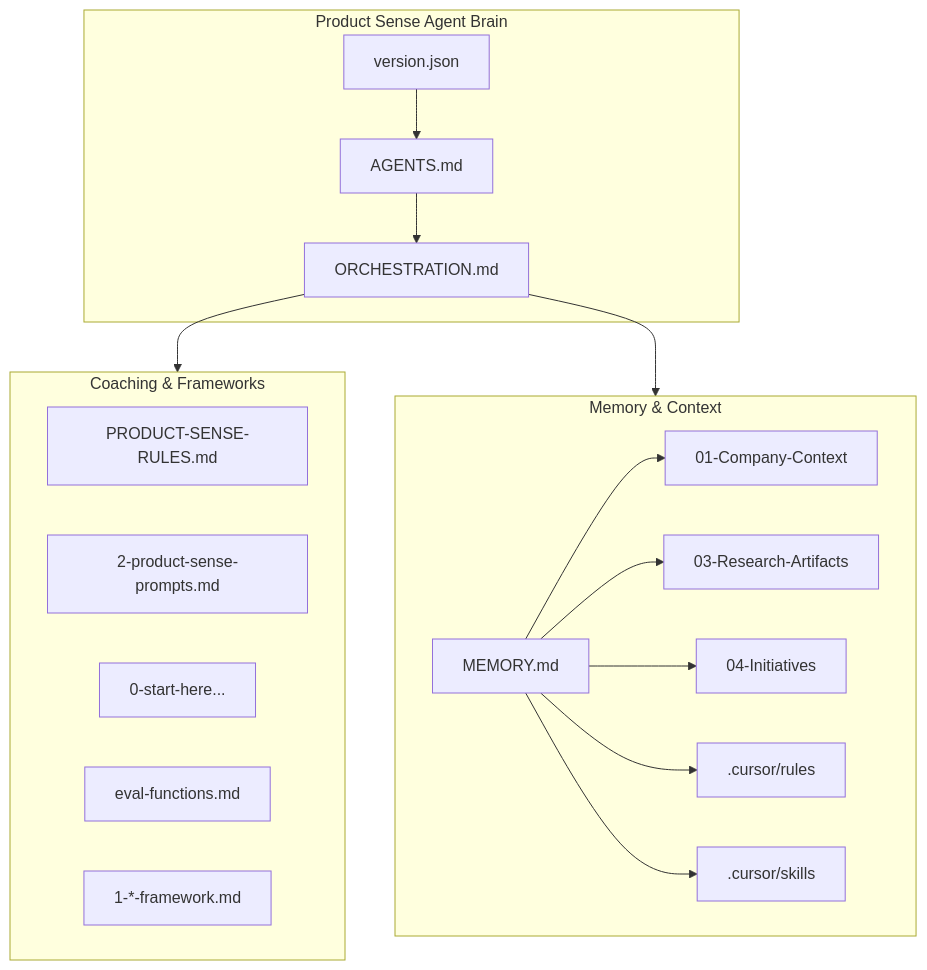
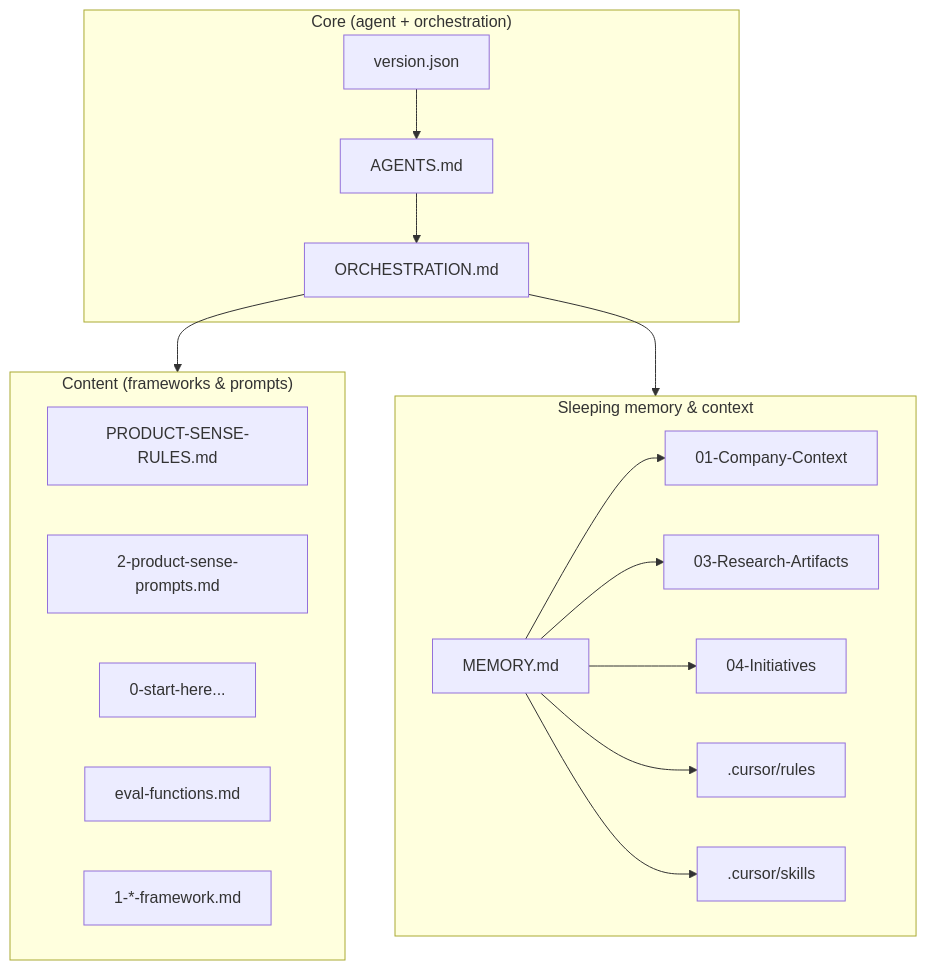
One commit to andreaskelm/pm-brain changed the first of 8 diagrams in ARCHITECTURE.md. Above: the diagram before and after it, drawn with Mermaid. The commit also changed other lines of this file, not shown here.

Commit message:
fix: Updated mermaid diagrams and improved section titles for clarity

````diff
--- a/ARCHITECTURE.md
+++ b/ARCHITECTURE.md
@@ -17,34 +17,34 @@
 ```mermaid
 flowchart TB
-  subgraph Core["Product Sense Agent Brain"]
+  subgraph Core["Core (agent + orchestration)"]
     V[version.json]
     A[AGENTS.md]
     O[ORCHESTRATION.md]
     V --> A --> O
   end
 
-  subgraph Content["Coaching & Frameworks"]
+  subgraph Content["Content (frameworks & prompts)"]
     PSR[PRODUCT-SENSE-RULES.md]
     PROM[2-product-sense-prompts.md]
     ENTRY[0-start-here...]
     EVAL[eval-functions.md]
     FW[1-*-framework.md]
   end
 
-  subgraph Memory["Memory & Context"]
+  subgraph Memory["Sleeping memory & context"]
     MEM[MEMORY.md]
     C01[01-Company-Context]
     C03[03-Research-Artifacts]
     C04[04-Initiatives]
     Rules[.cursor/rules]
     Skills[.cursor/skills]
     MEM --> C01
     MEM --> C03
     MEM --> C04
     MEM --> Rules
     MEM --> Skills
   end
 
   O --> Content
   O --> Memory
 ```
````
